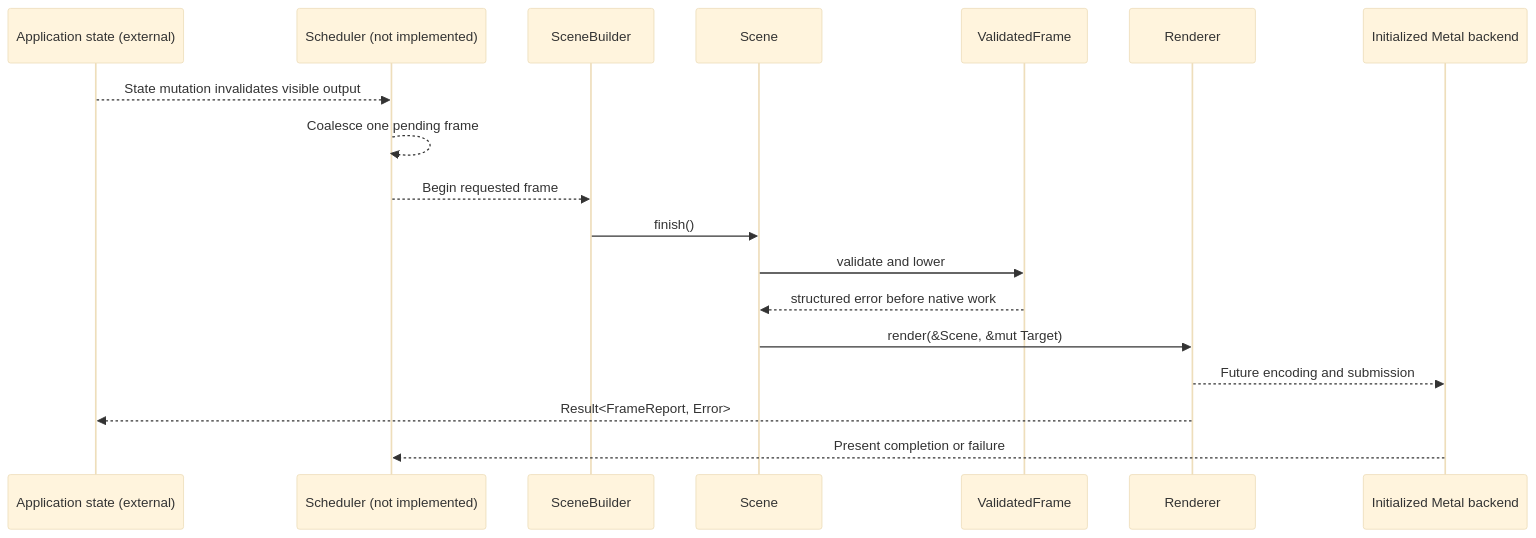
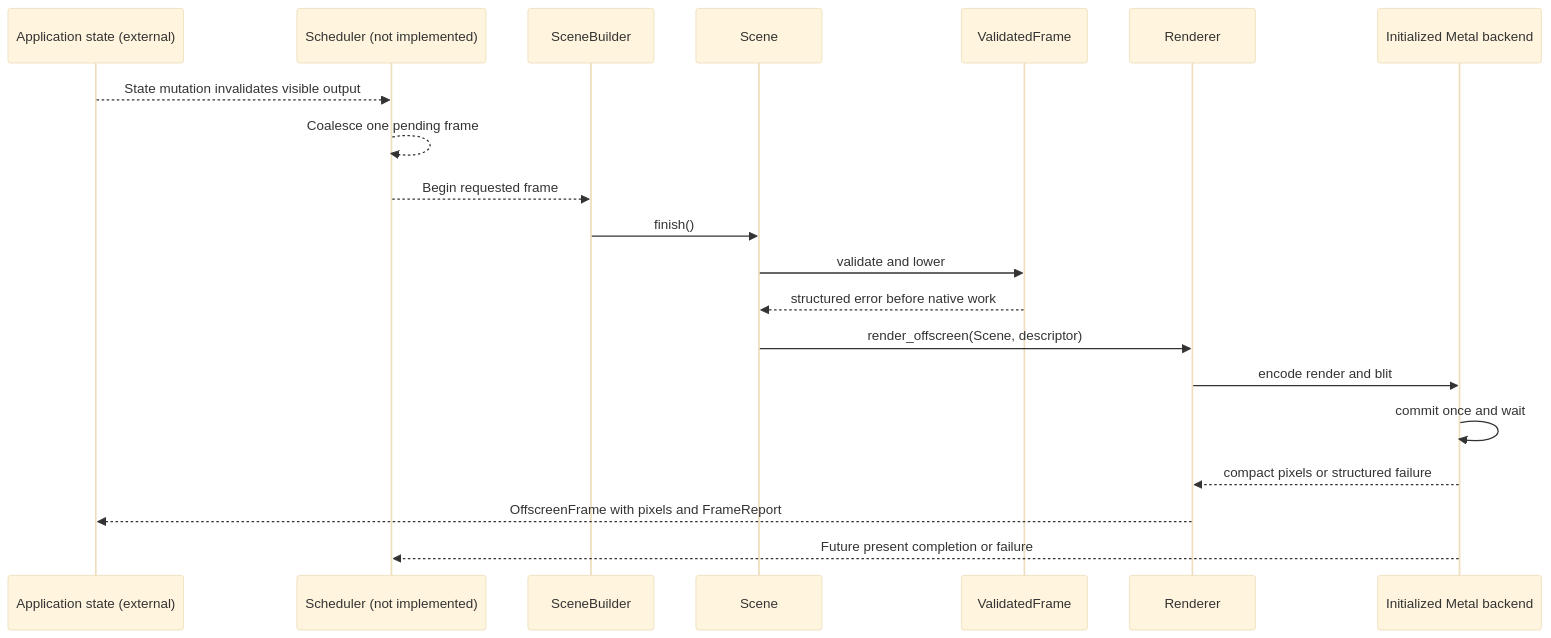
Before and after one commit to dbuddha/alpine-gpui: the third of 7 diagrams in ARCHITECTURE.md, drawn with Mermaid (base theme). The commit also changed other lines of this file and 12 other files, not shown here.

````diff
--- a/ARCHITECTURE.md
+++ b/ARCHITECTURE.md
@@ -112,21 +121,23 @@
 ```mermaid
 sequenceDiagram
     participant App as Application state (external)
     participant Scheduler as Scheduler (not implemented)
     participant Builder as SceneBuilder
     participant Scene
     participant Plan as ValidatedFrame
     participant Renderer
     participant Backend as Initialized Metal backend
 
     App-->>Scheduler: State mutation invalidates visible output
     Scheduler-->>Scheduler: Coalesce one pending frame
     Scheduler-->>Builder: Begin requested frame
     Builder->>Scene: finish()
     Scene->>Plan: validate and lower
     Plan-->>Scene: structured error before native work
-    Scene->>Renderer: render(&Scene, &mut Target)
-    Renderer-->>Backend: Future encoding and submission
-    Renderer-->>App: Result<FrameReport, Error>
-    Backend-->>Scheduler: Present completion or failure
+    Scene->>Renderer: render_offscreen(Scene, descriptor)
+    Renderer->>Backend: encode render and blit
+    Backend->>Backend: commit once and wait
+    Backend-->>Renderer: compact pixels or structured failure
+    Renderer-->>App: OffscreenFrame with pixels and FrameReport
+    Backend-->>Scheduler: Future present completion or failure
 ```
````
